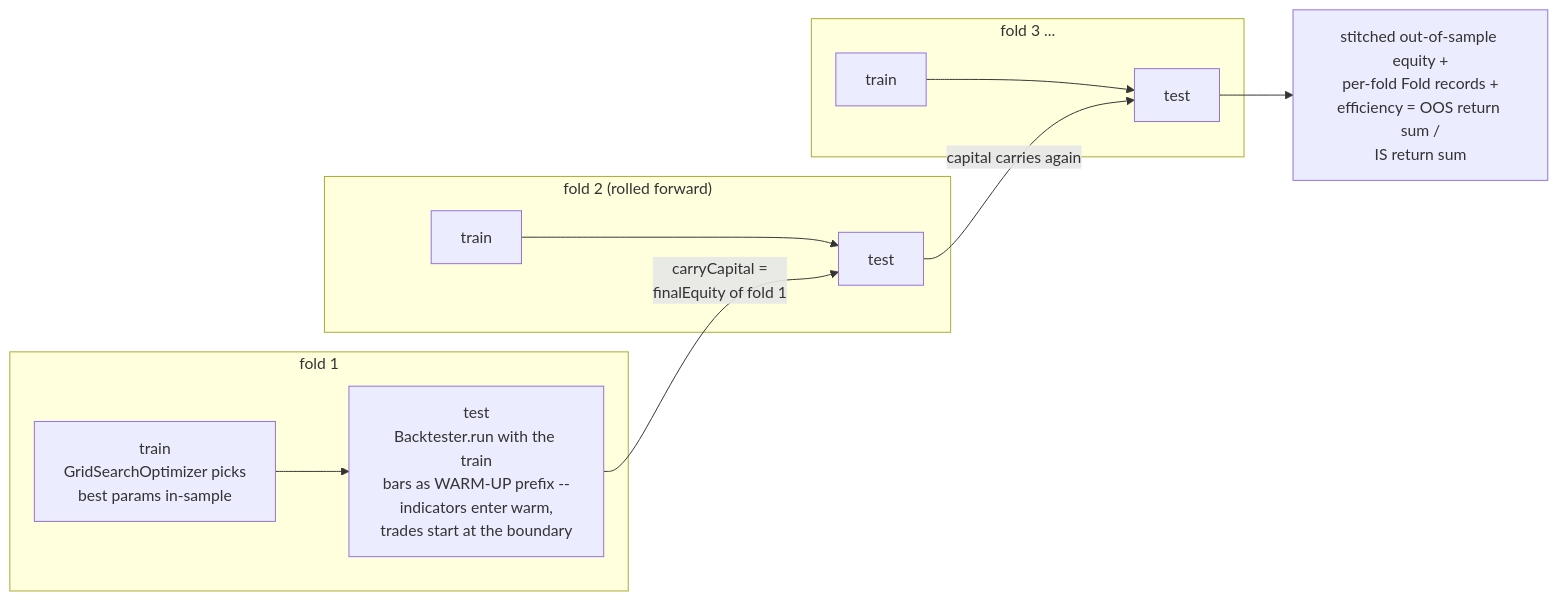
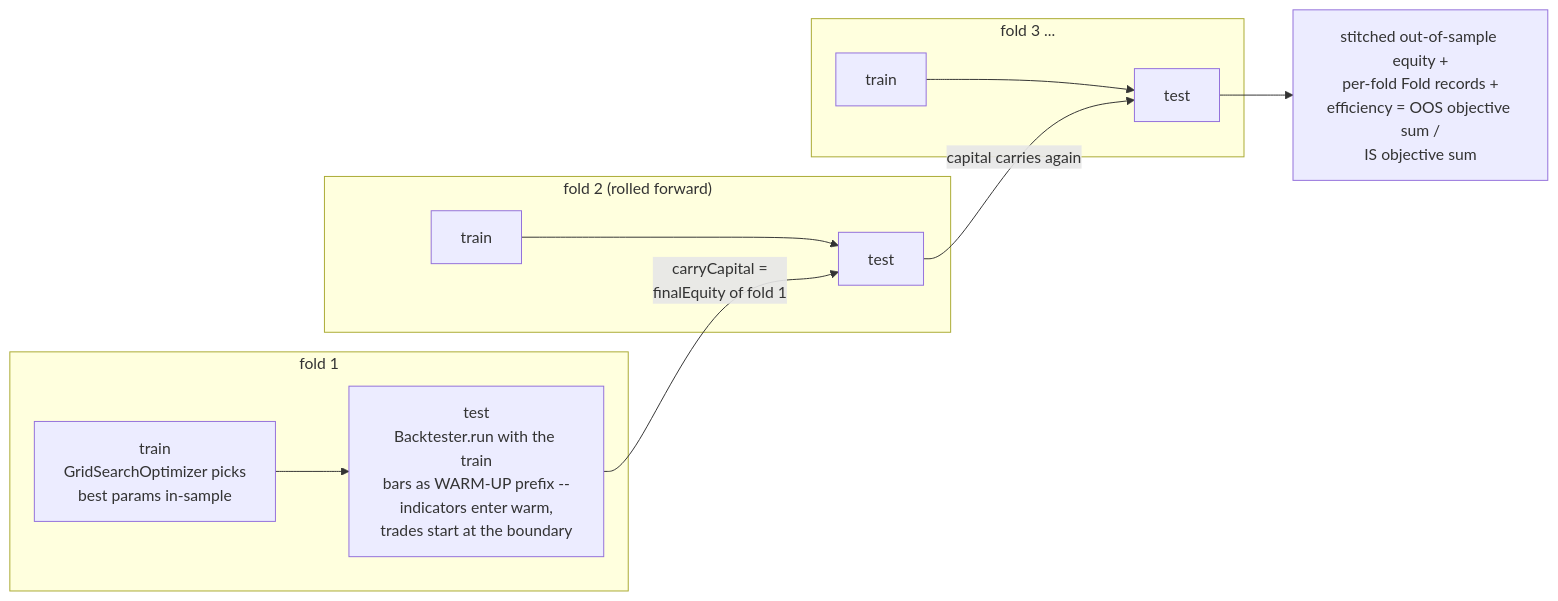
Diagram 30 of 50 in docs/DIAGRAMS.md (AshJha0/Quant-Finance-Library), drawn with Mermaid before and after one commit. The commit also changed other lines of this file and 2 other files, not shown here.

First line of the commit message:
docs: wave-2 review fixes — 2 exercise corrections, 11 diagram-narration edits, recipe 40 example repaired

````diff
--- a/docs/DIAGRAMS.md
+++ b/docs/DIAGRAMS.md
@@ -1091,22 +1092,22 @@
 ```mermaid
 flowchart LR
     subgraph F1_30["fold 1"]
         TR1_30["train<br/>GridSearchOptimizer picks<br/>best params in-sample"]
         TE1_30["test<br/>Backtester.run with the train<br/>bars as WARM-UP prefix --<br/>indicators enter warm,<br/>trades start at the boundary"]
     end
     subgraph F2_30["fold 2 (rolled forward)"]
         TR2_30["train"]
         TE2_30["test"]
     end
     subgraph F3_30["fold 3 ..."]
         TR3_30["train"]
         TE3_30["test"]
     end
 
     TR1_30 --> TE1_30
     TR2_30 --> TE2_30
     TR3_30 --> TE3_30
     TE1_30 -->|"carryCapital =<br/>finalEquity of fold 1"| TE2_30
     TE2_30 -->|"capital carries again"| TE3_30
-    TE3_30 --> OUT30["stitched out-of-sample equity +<br/>per-fold Fold records +<br/>efficiency = OOS return sum /<br/>IS return sum"]
+    TE3_30 --> OUT30["stitched out-of-sample equity +<br/>per-fold Fold records +<br/>efficiency = OOS objective sum /<br/>IS objective sum"]
 ```
````
